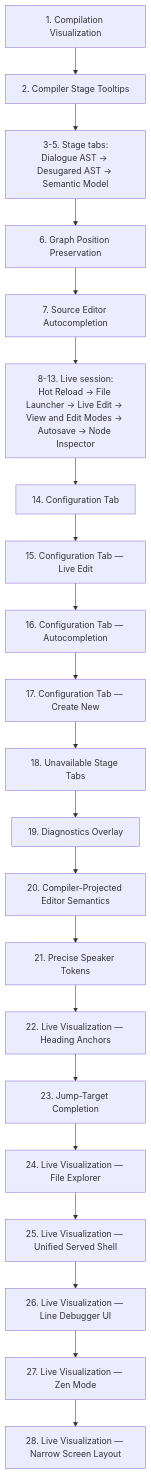
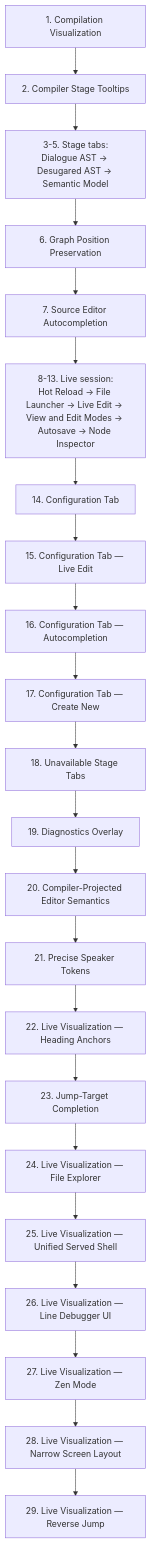
The third of 3 diagrams in docs/contributing/design-notes/README.md (pengzhengyi/dialoguedown), drawn with Mermaid before and after one commit. The commit also changed other lines of this file and 14 other files, not shown here.

First line of the commit message:
feat(visualization): reverse jump from a source selection to the enclosing node (#231)

````diff
--- a/docs/contributing/design-notes/README.md
+++ b/docs/contributing/design-notes/README.md
@@ -133,23 +133,24 @@
 ```mermaid
 flowchart TB
     CV["1. Compilation Visualization"] --> TT["2. Compiler Stage Tooltips"]
     TT --> TABS["3-5. Stage tabs:<br/>Dialogue AST → Desugared AST → Semantic Model"]
     TABS --> GX["6. Graph Position Preservation"]
     GX --> AC["7. Source Editor Autocompletion"]
     AC --> LIVE["8-13. Live session:<br/>Hot Reload → File Launcher → Live Edit → View and Edit Modes → Autosave → Node Inspector"]
     LIVE --> CFG["14. Configuration Tab"]
     CFG --> CFGLE["15. Configuration Tab — Live Edit"]
     CFGLE --> CFGAC["16. Configuration Tab — Autocompletion"]
     CFGAC --> CFGCN["17. Configuration Tab — Create New"]
     CFGCN --> UST["18. Unavailable Stage Tabs"]
     UST --> DGO["19. Diagnostics Overlay"]
     DGO --> CPE["20. Compiler-Projected Editor Semantics"]
     CPE --> PST["21. Precise Speaker Tokens"]
     PST --> HA["22. Live Visualization — Heading Anchors"]
     HA --> JTC["23. Jump-Target Completion"]
     JTC --> FE["24. Live Visualization — File Explorer"]
     FE --> USS["25. Live Visualization — Unified Served Shell"]
     USS --> LDU["26. Live Visualization — Line Debugger UI"]
     LDU --> ZEN["27. Live Visualization — Zen Mode"]
     ZEN --> NSL["28. Live Visualization — Narrow Screen Layout"]
+    NSL --> RJ["29. Live Visualization — Reverse Jump"]
 ```
````
